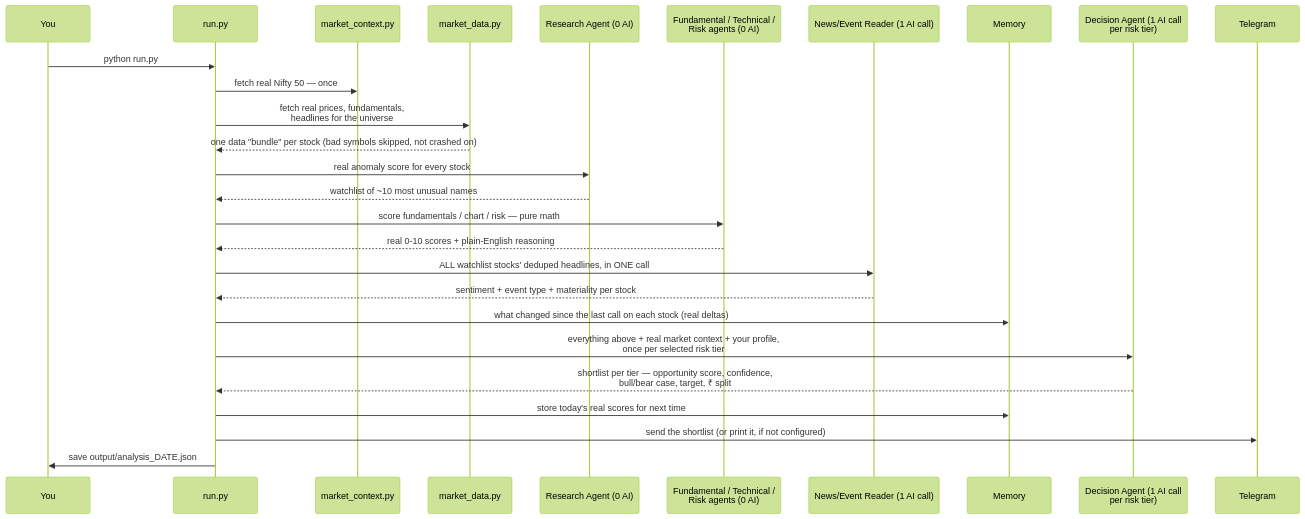
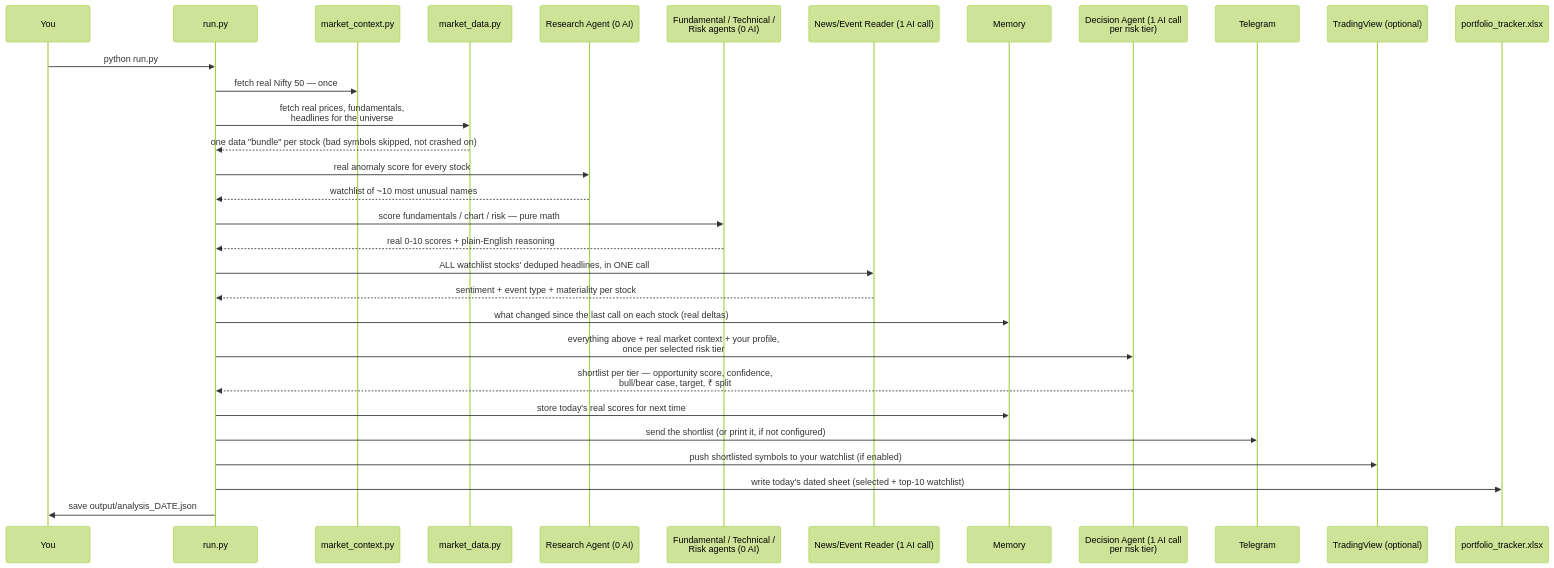
The second of 3 diagrams in README.md (Diksha20Bhatia/ai-equity-analyst), drawn with Mermaid (forest theme) before and after one commit. The commit also changed other lines of this file and 3 other files, not shown here.

````diff
--- a/README.md
+++ b/README.md
@@ -148,30 +160,34 @@
 ```mermaid
 sequenceDiagram
     participant You
     participant Run as run.py
     participant Ctx as market_context.py
     participant Data as market_data.py
     participant Scout as Research Agent (0 AI)
     participant Specs as Fundamental / Technical /<br/>Risk agents (0 AI)
     participant Event as News/Event Reader (1 AI call)
     participant Mem as Memory
     participant DA as Decision Agent (1 AI call<br/>per risk tier)
     participant TG as Telegram
+    participant TV as TradingView (optional)
+    participant XL as portfolio_tracker.xlsx
 
     You->>Run: python run.py
     Run->>Ctx: fetch real Nifty 50 — once
     Run->>Data: fetch real prices, fundamentals,<br/>headlines for the universe
     Data-->>Run: one data "bundle" per stock (bad symbols skipped, not crashed on)
     Run->>Scout: real anomaly score for every stock
     Scout-->>Run: watchlist of ~10 most unusual names
     Run->>Specs: score fundamentals / chart / risk — pure math
     Specs-->>Run: real 0-10 scores + plain-English reasoning
     Run->>Event: ALL watchlist stocks' deduped headlines, in ONE call
     Event-->>Run: sentiment + event type + materiality per stock
     Run->>Mem: what changed since the last call on each stock (real deltas)
     Run->>DA: everything above + real market context + your profile,<br/>once per selected risk tier
     DA-->>Run: shortlist per tier — opportunity score, confidence,<br/>bull/bear case, target, ₹ split
     Run->>Mem: store today's real scores for next time
     Run->>TG: send the shortlist (or print it, if not configured)
+    Run->>TV: push shortlisted symbols to your watchlist (if enabled)
+    Run->>XL: write today's dated sheet (selected + top-10 watchlist)
     Run->>You: save output/analysis_DATE.json
 ```
````
